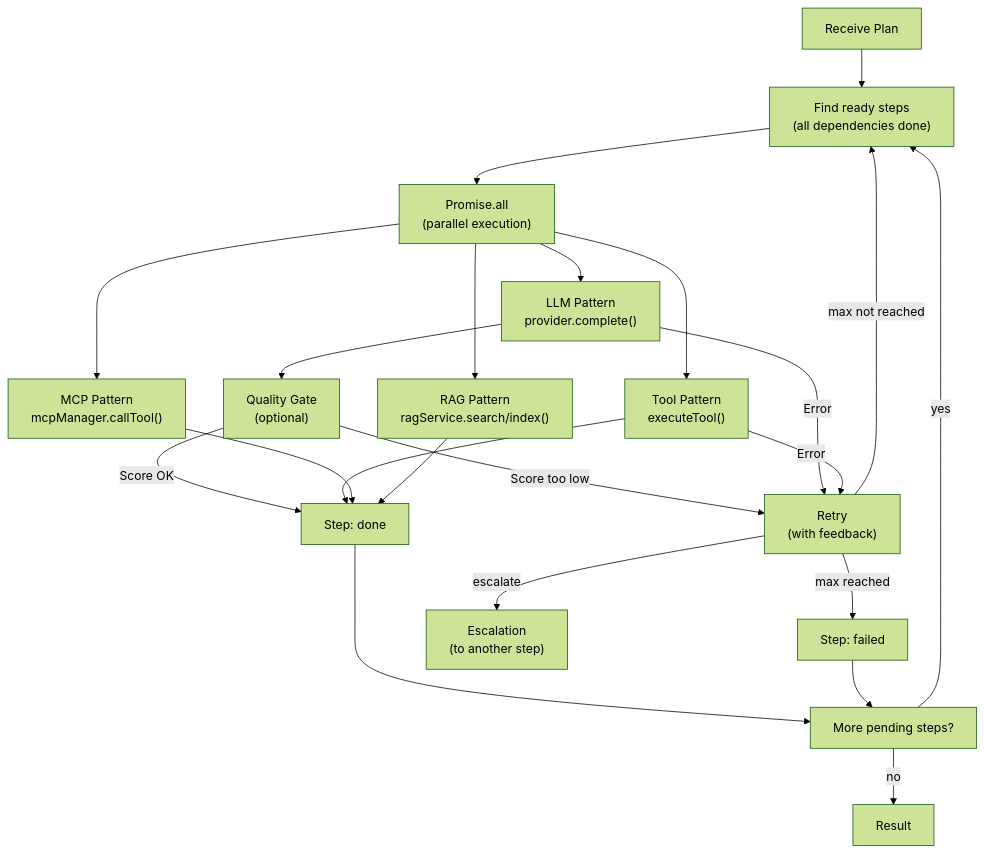
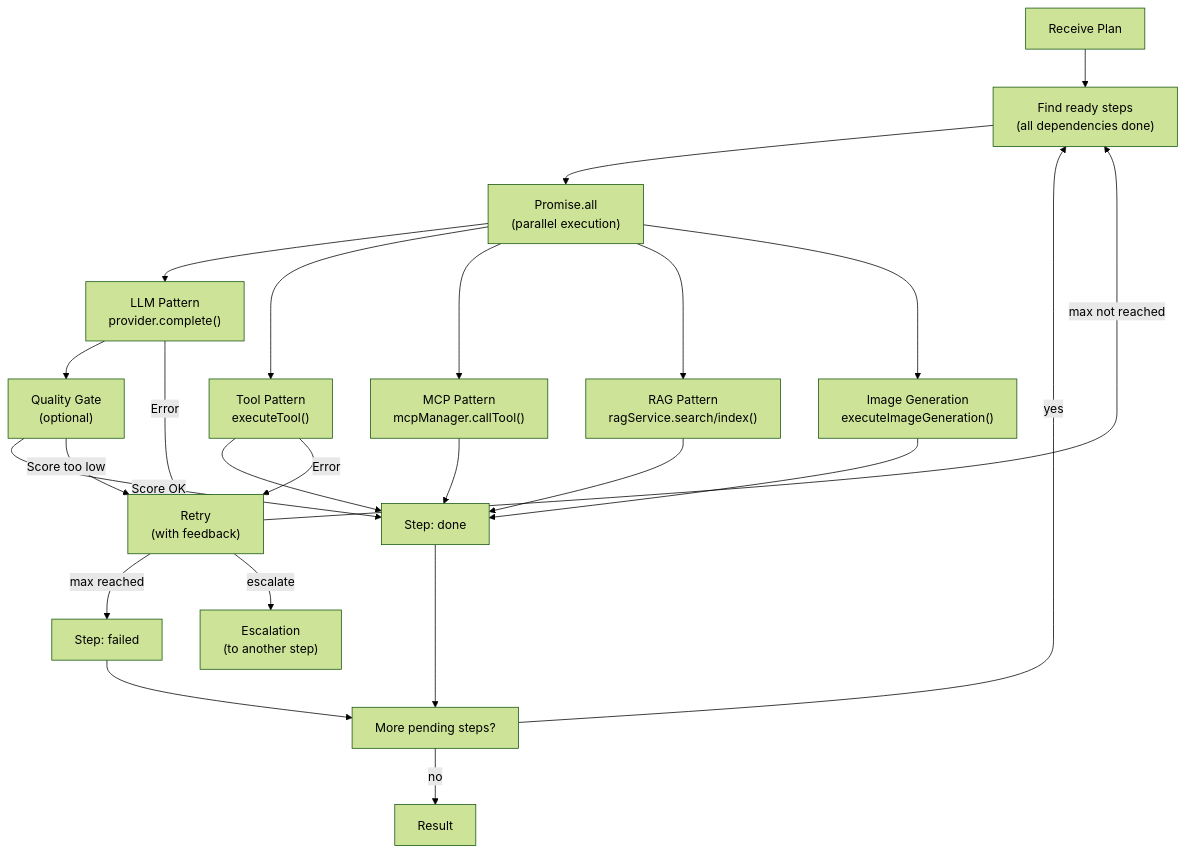
The fourth of 5 diagrams in docs/ARCHITECTURE.md (trosinde/AIOS), drawn with Mermaid (forest theme) before and after one commit. The commit also changed other lines of this file and 5 other files, not shown here.

First line of the commit message:
docs: update documentation for image generation support

````diff
--- a/docs/ARCHITECTURE.md
+++ b/docs/ARCHITECTURE.md
@@ -212,39 +213,42 @@
 ```mermaid
 graph TD
     Start["Receive Plan"]
     Find["Find ready steps<br/>(all dependencies done)"]
     Parallel["Promise.all<br/>(parallel execution)"]
     LLM["LLM Pattern<br/>provider.complete()"]
     Tool["Tool Pattern<br/>executeTool()"]
     MCP_S["MCP Pattern<br/>mcpManager.callTool()"]
     RAG_S["RAG Pattern<br/>ragService.search/index()"]
+    IMG["Image Generation<br/>executeImageGeneration()"]
     QG["Quality Gate<br/>(optional)"]
     Done["Step: done"]
     Failed["Step: failed"]
     Retry["Retry<br/>(with feedback)"]
     Escalate["Escalation<br/>(to another step)"]
     Check["More pending steps?"]
     End["Result"]
 
     Start --> Find
     Find --> Parallel
     Parallel --> LLM
     Parallel --> Tool
     Parallel --> MCP_S
     Parallel --> RAG_S
+    Parallel --> IMG
     LLM --> QG
     QG -->|"Score OK"| Done
     QG -->|"Score too low"| Retry
     Tool --> Done
     MCP_S --> Done
     RAG_S --> Done
+    IMG --> Done
     LLM -->|"Error"| Retry
     Tool -->|"Error"| Retry
     Retry -->|"max not reached"| Find
     Retry -->|"max reached"| Failed
     Retry -->|"escalate"| Escalate
     Done --> Check
     Failed --> Check
     Check -->|"yes"| Find
     Check -->|"no"| End
 ```
````
